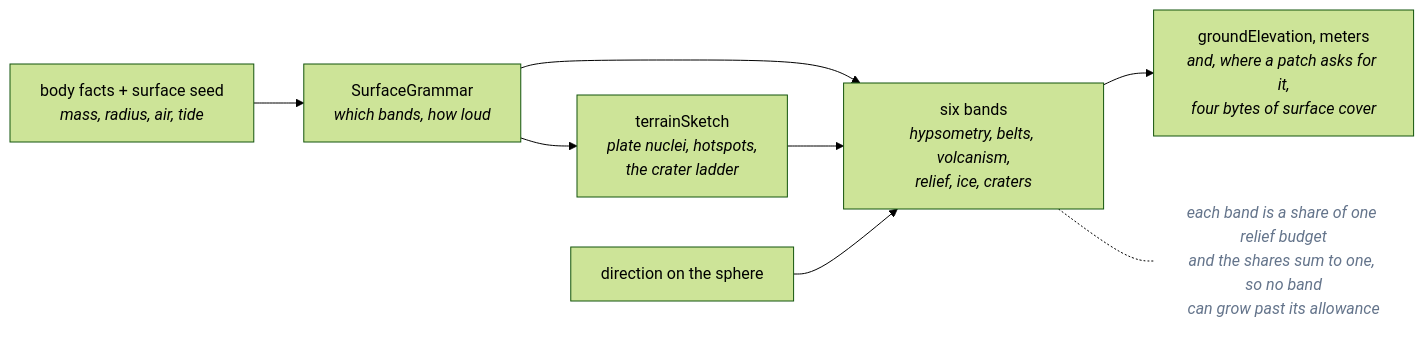
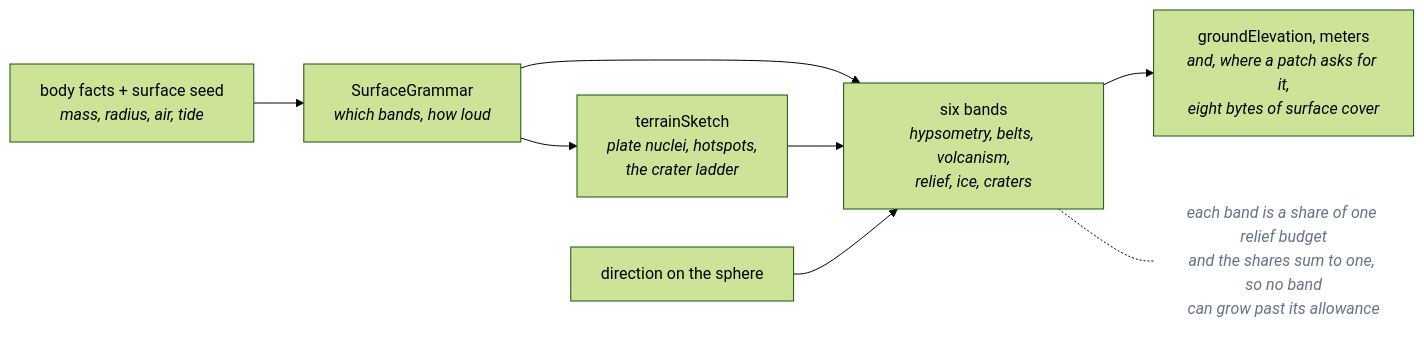
Before and after one commit to jonjaques/inertialref: the third of 3 diagrams in docs/concepts/determinism.md, drawn with Mermaid (forest theme). The commit also changed other lines of this file and 66 other files, not shown here.

````diff
--- a/docs/concepts/determinism.md
+++ b/docs/concepts/determinism.md
@@ -130,13 +130,13 @@
 ```mermaid
 flowchart LR
     IN["body facts + surface seed<br/><i>mass, radius, air, tide</i>"] --> G["SurfaceGrammar<br/><i>which bands, how loud</i>"]
     G --> SK["terrainSketch<br/><i>plate nuclei, hotspots,<br/>the crater ladder</i>"]
     G --> B["six bands<br/><i>hypsometry, belts, volcanism,<br/>relief, ice, craters</i>"]
     SK --> B
     D["direction on the sphere"] --> B
-    B --> OUT["groundElevation, meters<br/><i>and, where a patch asks for it,<br/>four bytes of surface cover</i>"]
+    B --> OUT["groundElevation, meters<br/><i>and, where a patch asks for it,<br/>eight bytes of surface cover</i>"]
 
     B -.- NOTE["each band is a share of one relief budget<br/>and the shares sum to one, so no band<br/>can grow past its allowance"]
     classDef note fill:none,stroke:none,color:#64748b,font-style:italic
     class NOTE note
 ```
````
